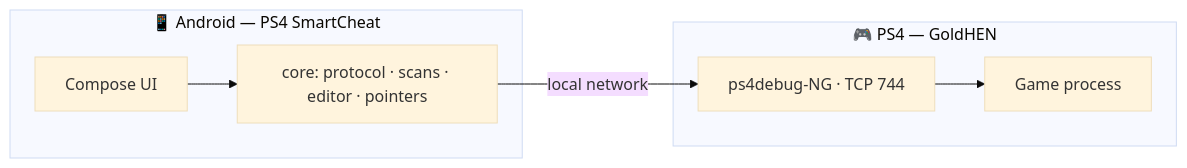
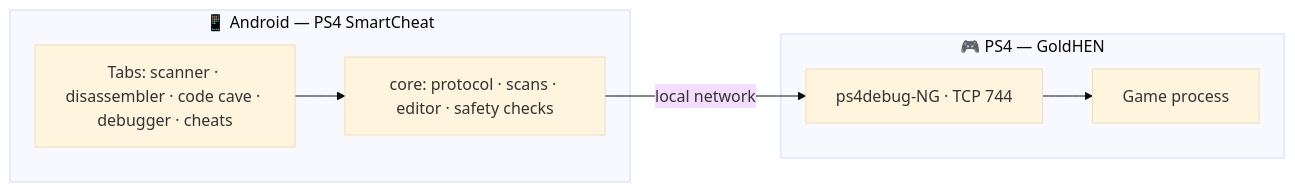
Before and after one commit to Hm589158/ps4-SmartCheat: the diagram in README.md, drawn with Mermaid (base theme). The commit also changed other lines of this file and 21 other files, not shown here.

````diff
--- a/README.md
+++ b/README.md
@@ -183,10 +225,10 @@
 ```mermaid
 flowchart LR
     subgraph Phone["📱 Android — PS4 SmartCheat"]
-        UI["Compose UI"] --> Core["core: protocol · scans · editor · pointers"]
+        Tabs["Tabs: scanner · disassembler · code cave · debugger · cheats"] --> Core["core: protocol · scans · editor · safety checks"]
     end
     subgraph PS4["🎮 PS4 — GoldHEN"]
         NG["ps4debug-NG · TCP 744"] --> Game["Game process"]
     end
     Core -- "local network" --> NG
 ```
````
